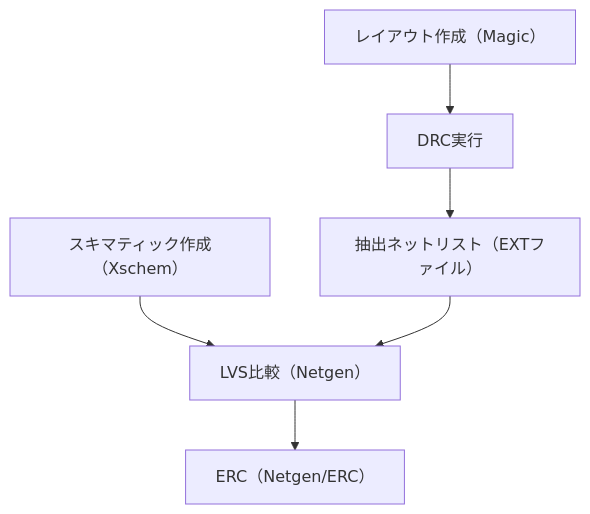
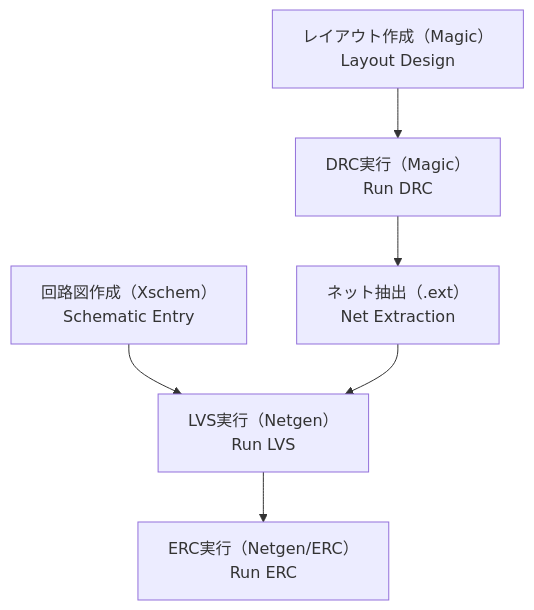
The diagram in d_chapter6_pdk_and_eda_environment/rule_check_flow.md (Samizo-AITL/Edusemi-v4x), drawn with Mermaid before and after one commit. The commit also changed other lines of this file, not shown here.

````diff
--- a/d_chapter6_pdk_and_eda_environment/rule_check_flow.md
+++ b/d_chapter6_pdk_and_eda_environment/rule_check_flow.md
@@ -24,12 +28,12 @@
 ```mermaid
 graph TD
-    A[スキマティック作成（Xschem）]
-    B[レイアウト作成（Magic）]
-    C[DRC実行]
-    D[抽出ネットリスト（EXTファイル）]
-    E[LVS比較（Netgen）]
-    F[ERC（Netgen/ERC）]
+    A[回路図作成（Xschem）<br>Schematic Entry]
+    B[レイアウト作成（Magic）<br>Layout Design]
+    C[DRC実行（Magic）<br>Run DRC]
+    D[ネット抽出（.ext）<br>Net Extraction]
+    E[LVS実行（Netgen）<br>Run LVS]
+    F[ERC実行（Netgen/ERC）<br>Run ERC]
 
     A --> E
     B --> C --> D --> E --> F
 ```
````
